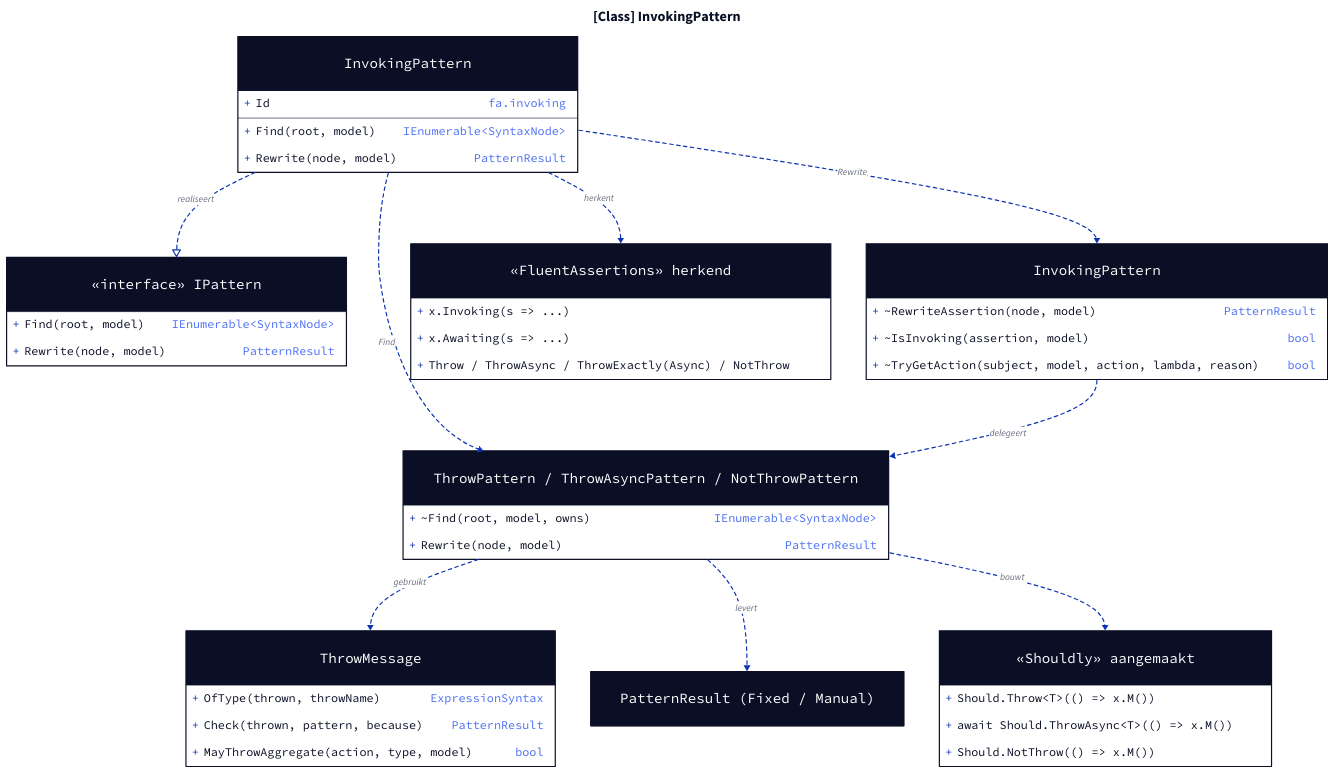
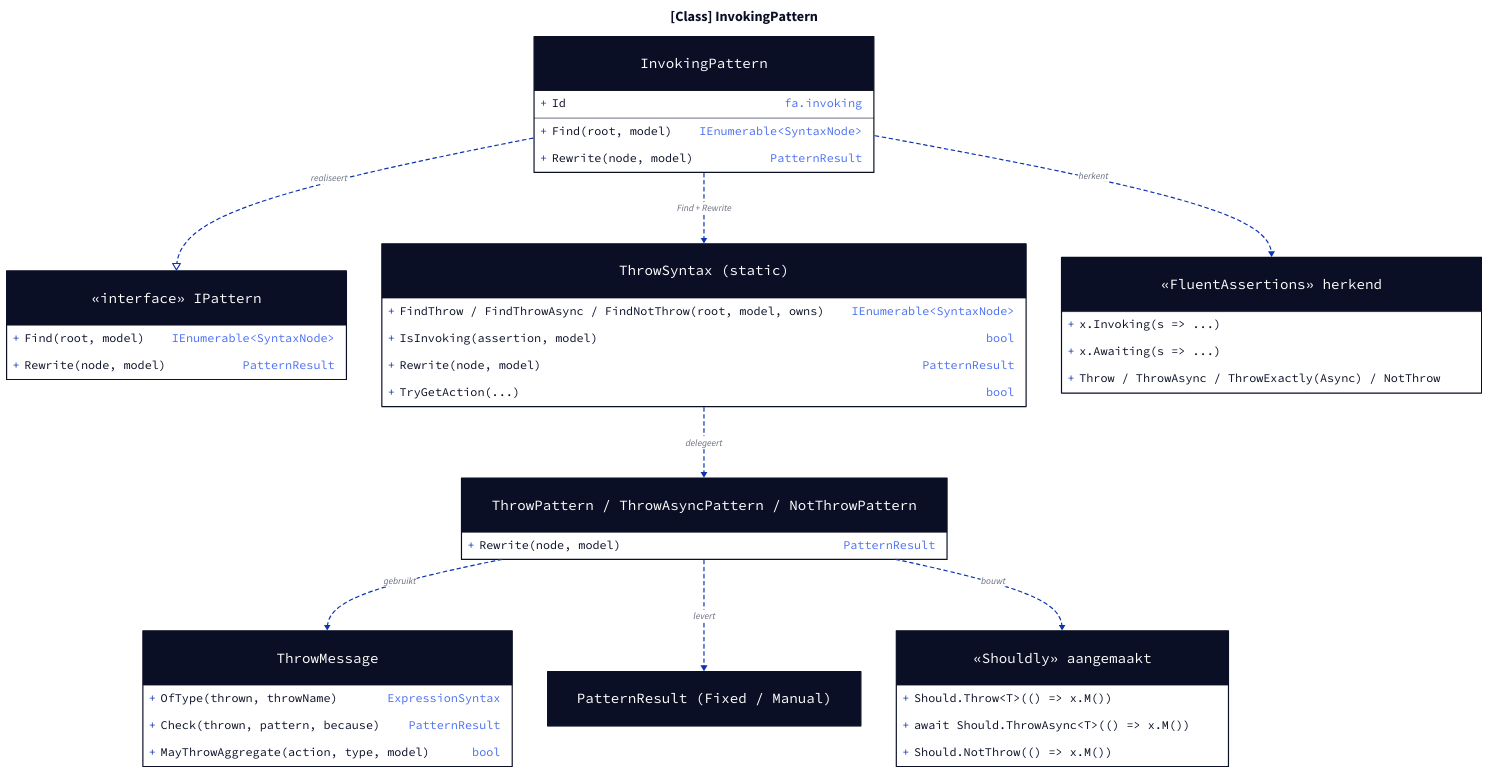
Before and after one commit to ATkingma/unshackle: the diagram in docs/projectinfo/patterns/img/fa-invoking-modellen-1.d2, drawn with D2. The commit also changed 462 other files, not shown here.

```diff
--- a/docs/projectinfo/patterns/img/fa-invoking-modellen-1.d2
+++ b/docs/projectinfo/patterns/img/fa-invoking-modellen-1.d2
@@ -1,51 +1,50 @@
 title: "[Class] InvokingPattern" {shape: text; near: top-center; style: {font-size: 24; bold: true}}
 direction: down
 ipattern: "«interface» IPattern" {
   shape: class
   "+Find(root, model)": "IEnumerable<SyntaxNode>"
   "+Rewrite(node, model)": PatternResult
 }
 pattern: InvokingPattern {
   shape: class
   "+Id": "fa.invoking"
   "+Find(root, model)": "IEnumerable<SyntaxNode>"
   "+Rewrite(node, model)": PatternResult
 }
-inv: InvokingPattern {
+inv: "ThrowSyntax (static)" {
   shape: class
-  "~RewriteAssertion(node, model)": PatternResult
-  "~IsInvoking(assertion, model)": bool
-  "~TryGetAction(subject, model, action, lambda, reason)": bool
+  "+FindThrow / FindThrowAsync / FindNotThrow(root, model, owns)": "IEnumerable<SyntaxNode>"
+  "+IsInvoking(assertion, model)": bool
+  "+Rewrite(node, model)": PatternResult
+  "+TryGetAction(...)": bool
 }
 throw: "ThrowPattern / ThrowAsyncPattern / NotThrowPattern" {
   shape: class
-  "~Find(root, model, owns)": "IEnumerable<SyntaxNode>"
   "+Rewrite(node, model)": PatternResult
 }
 msg: ThrowMessage {
   shape: class
   "+OfType(thrown, throwName)": ExpressionSyntax
   "+Check(thrown, pattern, because)": PatternResult
   "+MayThrowAggregate(action, type, model)": bool
 }
 result: "PatternResult (Fixed / Manual)" {shape: class}
 fa: "«FluentAssertions» herkend" {
   shape: class
   "x.Invoking(s => ...)": ""
   "x.Awaiting(s => ...)": ""
   "Throw / ThrowAsync / ThrowExactly(Async) / NotThrow": ""
 }
 sh: "«Shouldly» aangemaakt" {
   shape: class
   "Should.Throw<T>(() => x.M())": ""
   "await Should.ThrowAsync<T>(() => x.M())": ""
   "Should.NotThrow(() => x.M())": ""
 }
 pattern -> ipattern: realiseert {target-arrowhead: {shape: triangle; style.filled: false}; style.stroke-dash: 3}
-pattern -> throw: Find {style.stroke-dash: 3}
-pattern -> inv: Rewrite {style.stroke-dash: 3}
+pattern -> inv: "Find + Rewrite" {style.stroke-dash: 3}
 inv -> throw: delegeert {style.stroke-dash: 3}
 throw -> msg: gebruikt {style.stroke-dash: 3}
 throw -> result: levert {style.stroke-dash: 3}
 pattern -> fa: herkent {style.stroke-dash: 3}
 throw -> sh: bouwt {style.stroke-dash: 3}
```
